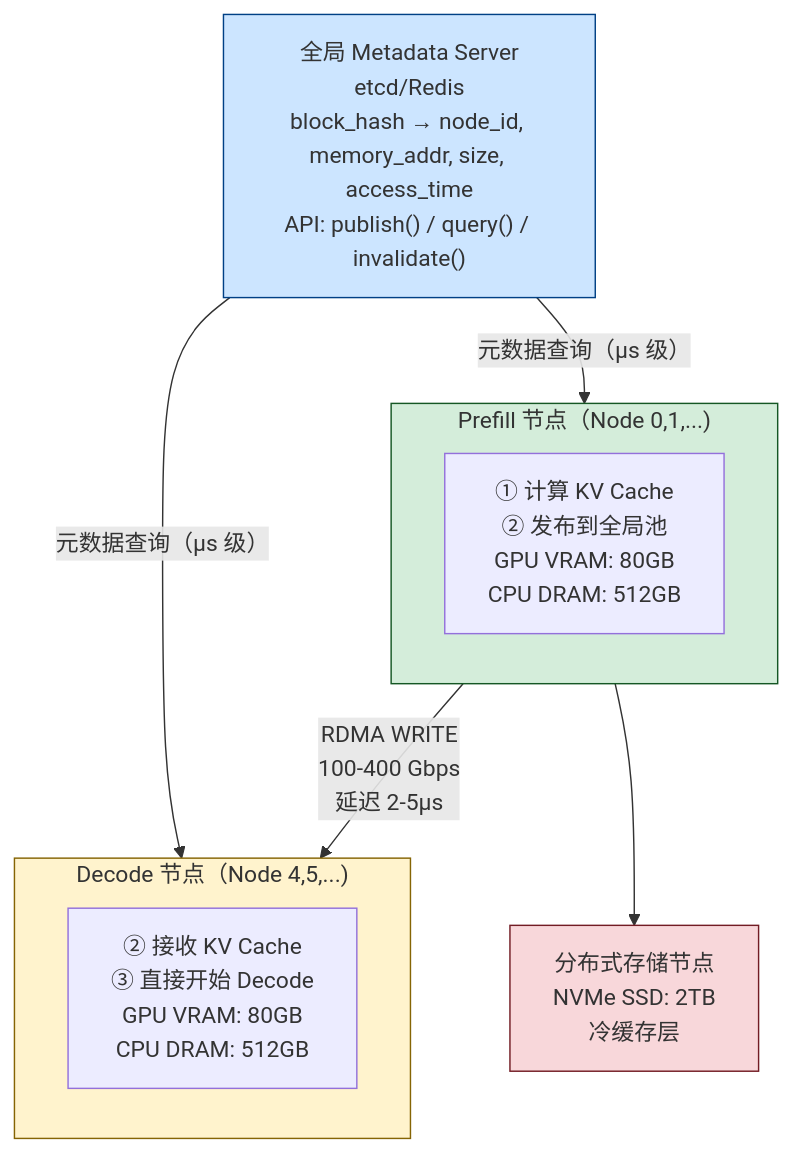
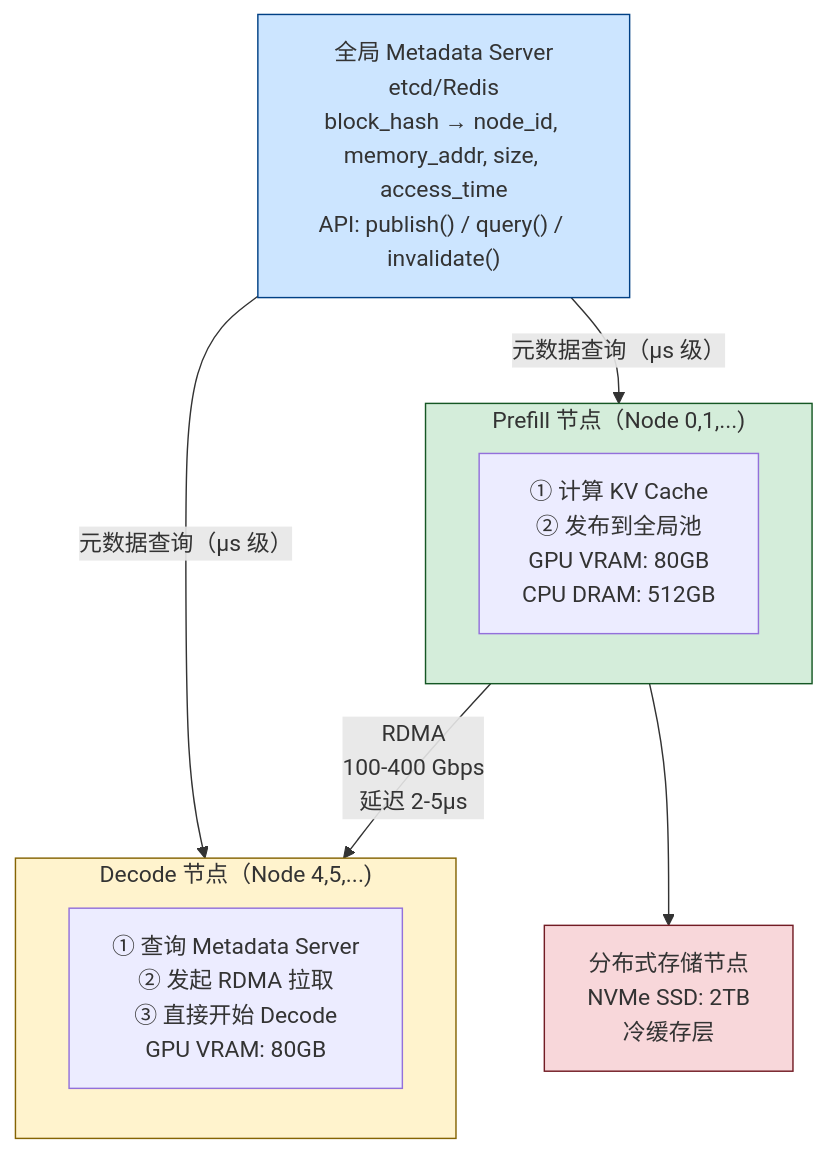
Before and after one commit to HeduAiDev/vllm-from-scratch: the fourth of 11 diagrams in BLOG_PART2_V2.md, drawn with Mermaid. The commit also changed other lines of this file, not shown here.

````diff
--- a/BLOG_PART2_V2.md
+++ b/BLOG_PART2_V2.md
@@ -656,24 +821,23 @@
 ```mermaid
 flowchart TD
     MS["全局 Metadata Server<br/>etcd/Redis<br/>block_hash → node_id, memory_addr, size, access_time<br/>API: publish() / query() / invalidate()"]
 
     MS -->|"元数据查询（μs 级）"| PW
     MS -->|"元数据查询（μs 级）"| DW
 
     subgraph PW["Prefill 节点（Node 0,1,...)"]
         P1["① 计算 KV Cache<br/>② 发布到全局池<br/>GPU VRAM: 80GB<br/>CPU DRAM: 512GB"]
     end
 
     subgraph DW["Decode 节点（Node 4,5,...)"]
-        D1["② 接收 KV Cache<br/>③ 直接开始 Decode<br/>GPU VRAM: 80GB<br/>CPU DRAM: 512GB"]
+        D1["① 查询 Metadata Server<br/>② 发起 RDMA 拉取<br/>③ 直接开始 Decode<br/>GPU VRAM: 80GB"]
     end
 
-    PW -->|"RDMA WRITE<br/>100-400 Gbps<br/>延迟 2-5μs"| DW
-
+    PW -->|"RDMA<br/>100-400 Gbps<br/>延迟 2-5μs"| DW
     PW --> STORE["分布式存储节点<br/>NVMe SSD: 2TB<br/>冷缓存层"]
 
     style MS fill:#cce5ff,stroke:#004085
     style PW fill:#d4edda,stroke:#155724
     style DW fill:#fff3cd,stroke:#856404
     style STORE fill:#f8d7da,stroke:#721c24
 ```
````
